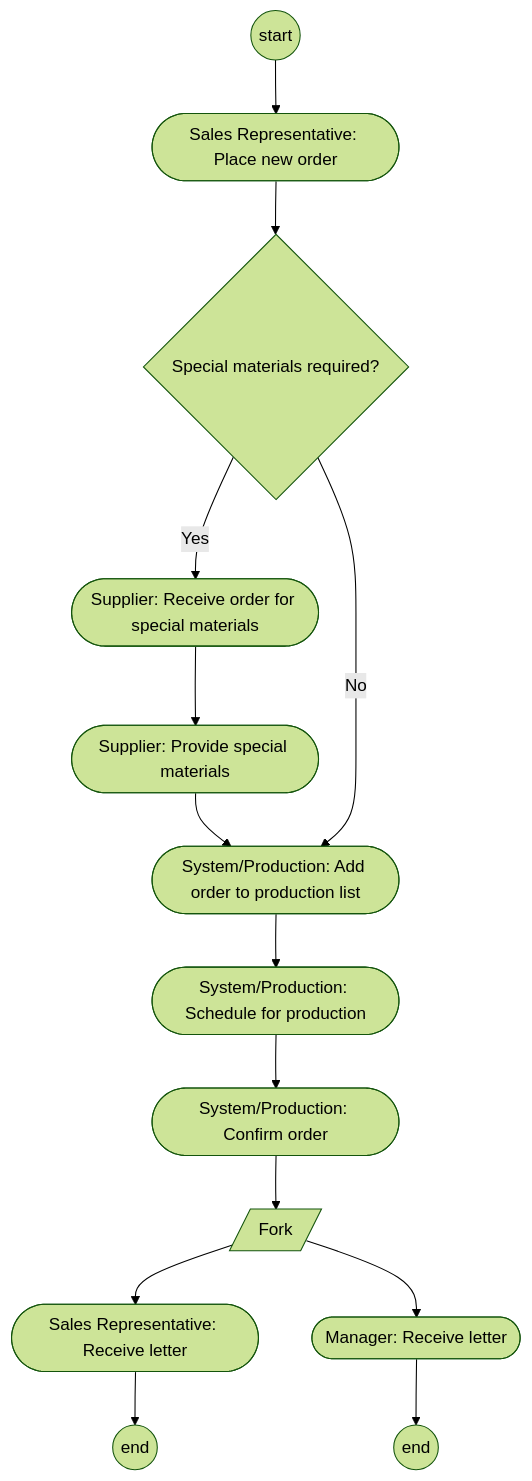
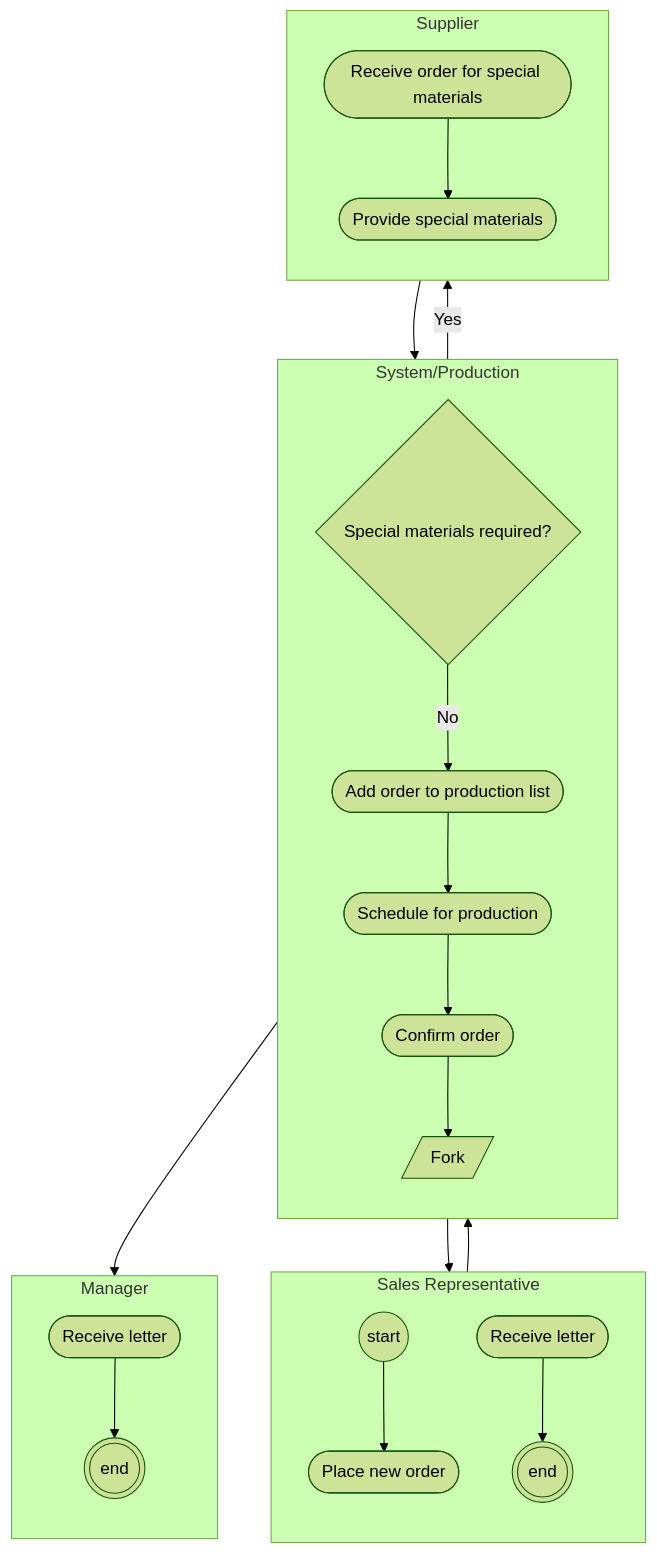
One commit to sharzilnfz/471 changed the diagram in study_materials/04_Activity_TeaLeaves_Order.md. Above: the diagram before and after it, drawn with Mermaid (forest theme). The commit also changed 8 other files, not shown here.

Commit message:
feat: rewrite all activity diagrams with proper swimlane subgraphs

````diff
--- a/study_materials/04_Activity_TeaLeaves_Order.md
+++ b/study_materials/04_Activity_TeaLeaves_Order.md
@@ -57,36 +57,45 @@
 ```mermaid
 graph TD
-    Start((start)) --> SR1
+    subgraph Sales_Representative [Sales Representative]
+        direction TB
+        Start((start))
+        SR1([Place new order])
+        SR2([Receive letter])
+        End1(((end)))
+    end
     
-    SR1(["Sales Representative: Place new order"])
-    SR2(["Sales Representative: Receive letter"])
+    subgraph System_Production [System/Production]
+        direction TB
+        D1{Special materials required?}
+        P1([Add order to production list])
+        P2([Schedule for production])
+        P3([Confirm order])
+        F1[/ Fork /]
+    end
     
-    D1{"Special materials required?"}
-    P1(["System/Production: Add order to production list"])
-    P2(["System/Production: Schedule for production"])
-    P3(["System/Production: Confirm order"])
-    F1[/ Fork /]
+    subgraph Supplier [Supplier]
+        direction TB
+        SUP1([Receive order for special materials])
+        SUP2([Provide special materials])
+    end
     
-    SUP1(["Supplier: Receive order for special materials"])
-    SUP2(["Supplier: Provide special materials"])
+    subgraph Manager [Manager]
+        direction TB
+        M1([Receive letter])
+        End2(((end)))
+    end
     
-    M1(["Manager: Receive letter"])
-    
+    Start --> SR1
     SR1 --> D1
-    
     D1 -->|Yes| SUP1
     SUP1 --> SUP2
     SUP2 --> P1
-    
     D1 -->|No| P1
-    
     P1 --> P2
     P2 --> P3
     P3 --> F1
-    
     F1 --> SR2
     F1 --> M1
-    
-    SR2 --> End1((end))
-    M1 --> End2((end))
+    SR2 --> End1
+    M1 --> End2
 ```
````
